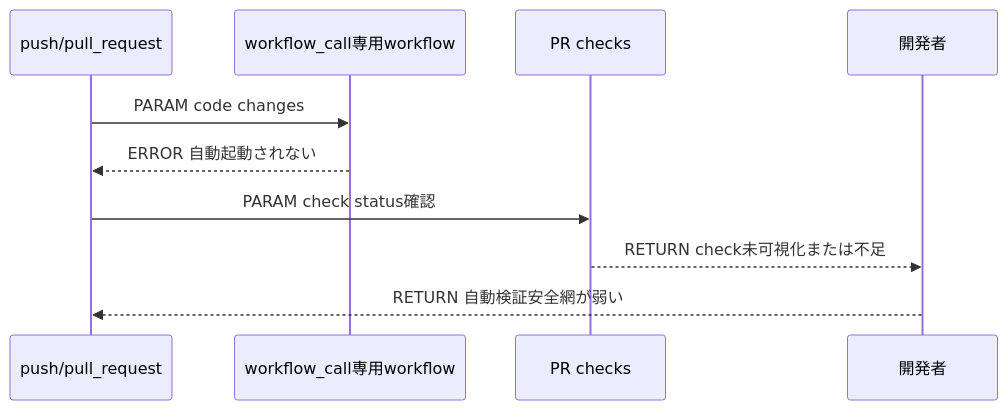
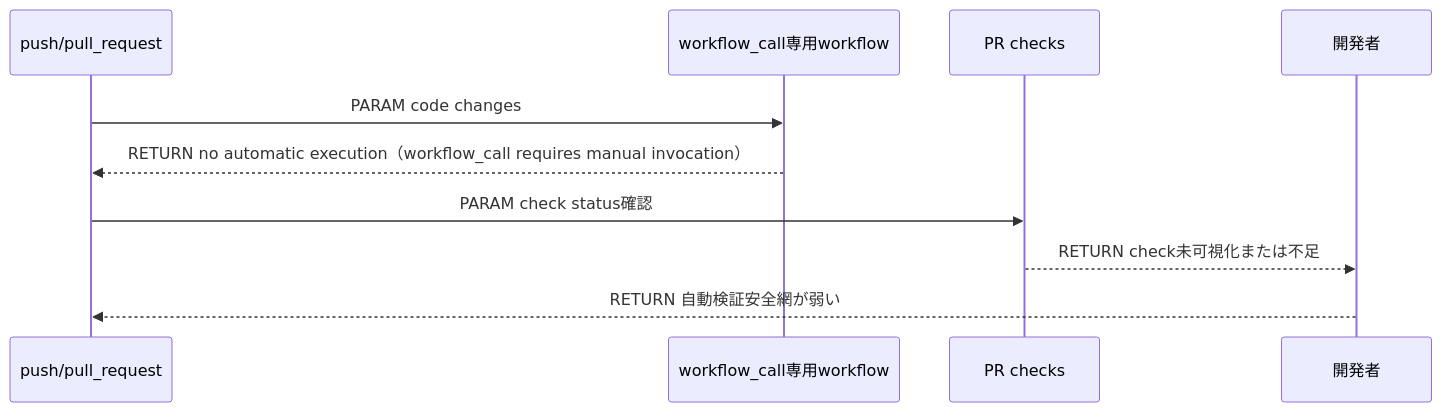
One commit to LevelCapTech/Agile-PMBOK-Assist changed the third of 6 diagrams in .github/copilot/plans/100-jp-fonts-playwright.md. Above: the diagram before and after it, drawn with Mermaid. The commit also changed other lines of this file, not shown here.

````diff
--- a/.github/copilot/plans/100-jp-fonts-playwright.md
+++ b/.github/copilot/plans/100-jp-fonts-playwright.md
@@ -334,13 +341,13 @@
 ```mermaid
 sequenceDiagram
   participant PushPR as push/pull_request
   participant WFCall as workflow_call専用workflow
   participant Checks as PR checks
   participant Reviewer as 開発者
 
   PushPR->>WFCall: PARAM code changes
-  WFCall-->>PushPR: ERROR 自動起動されない
+  WFCall-->>PushPR: RETURN no automatic execution（workflow_call requires manual invocation）
   PushPR->>Checks: PARAM check status確認
   Checks-->>Reviewer: RETURN check未可視化または不足
   Reviewer-->>PushPR: RETURN 自動検証安全網が弱い
 ```
````
